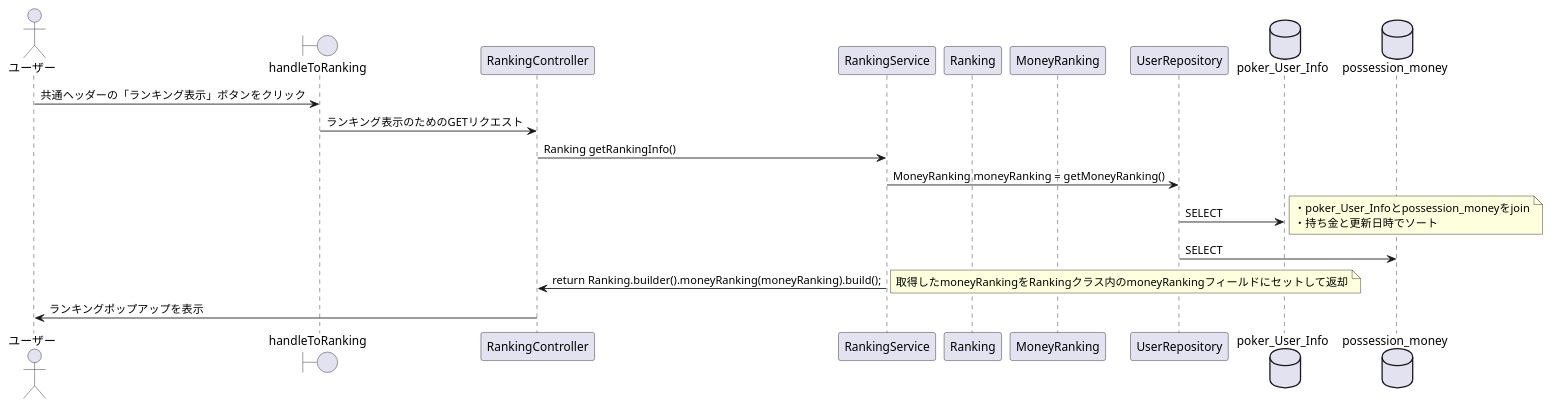
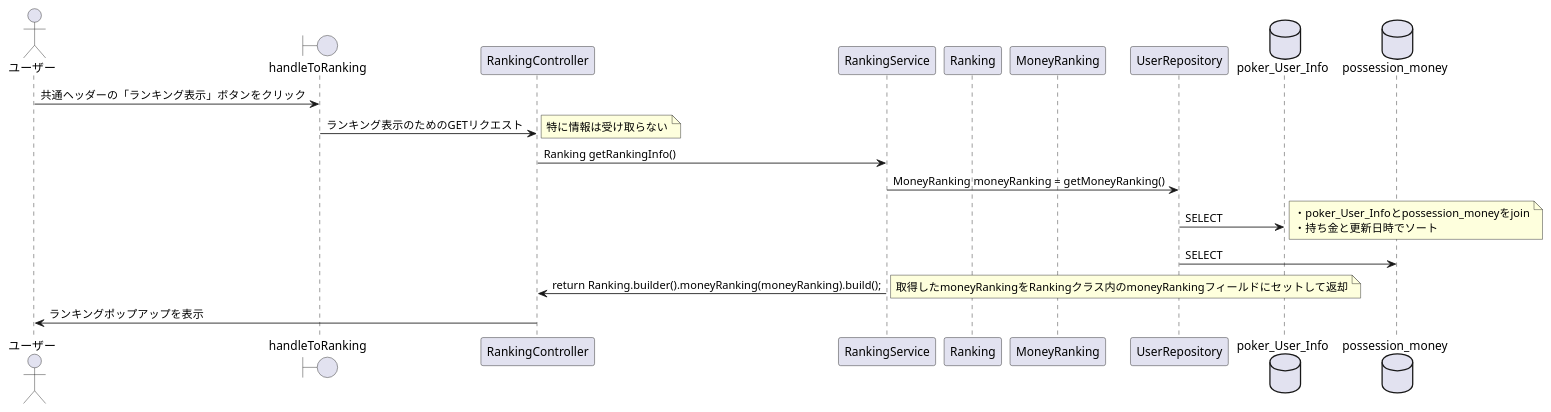
The diagram in docs/詳細設計/シーケンス図/ランキング/ランキングを表示する(シーケンス図).puml (CSTSCSTS/UserAp), drawn with PlantUML before and after one commit. The commit also changed 7 other files, not shown here.

Commit message:
シーケンス図修正

```diff
--- a/docs/詳細設計/シーケンス図/ランキング/ランキングを表示する(シーケンス図).puml
+++ b/docs/詳細設計/シーケンス図/ランキング/ランキングを表示する(シーケンス図).puml
@@ -1,26 +1,27 @@
 @startuml
 
 actor ユーザー
 
 boundary handleToRanking
 participant RankingController
 participant RankingService
 participant Ranking
 participant MoneyRanking
 participant UserRepository
 database poker_User_Info
 database possession_money
 
 ユーザー -> handleToRanking : 共通ヘッダーの「ランキング表示」ボタンをクリック
 handleToRanking -> RankingController : ランキング表示のためのGETリクエスト
+note right: 特に情報は受け取らない
 RankingController -> RankingService : Ranking getRankingInfo()
 RankingService -> UserRepository : MoneyRanking moneyRanking = getMoneyRanking()
 UserRepository -> poker_User_Info : SELECT
 note right : ・poker_User_Infoとpossession_moneyをjoin\n・持ち金と更新日時でソート
 UserRepository -> possession_money : SELECT
 RankingService -> RankingController : return Ranking.builder().moneyRanking(moneyRanking).build();
 note right : 取得したmoneyRankingをRankingクラス内のmoneyRankingフィールドにセットして返却
 RankingController -> ユーザー : ランキングポップアップを表示
 
 
 @enduml
```
